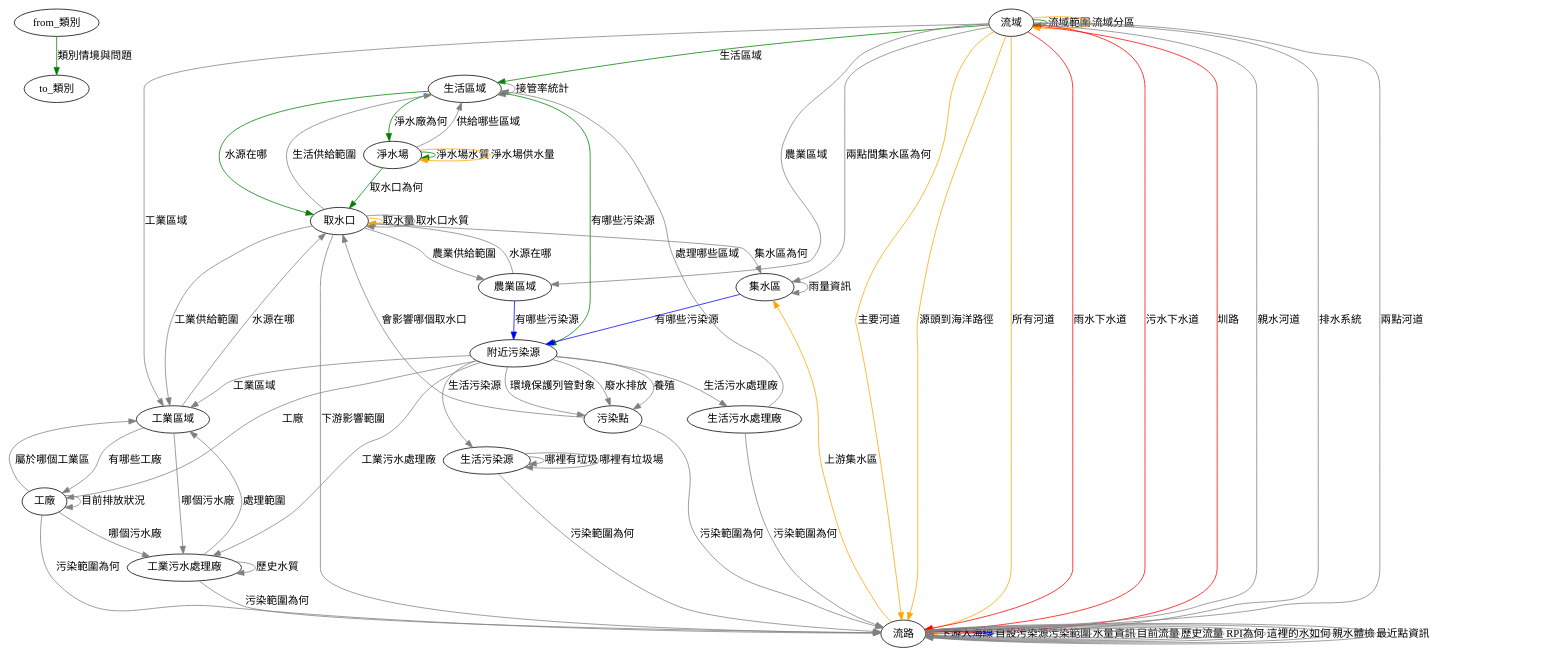
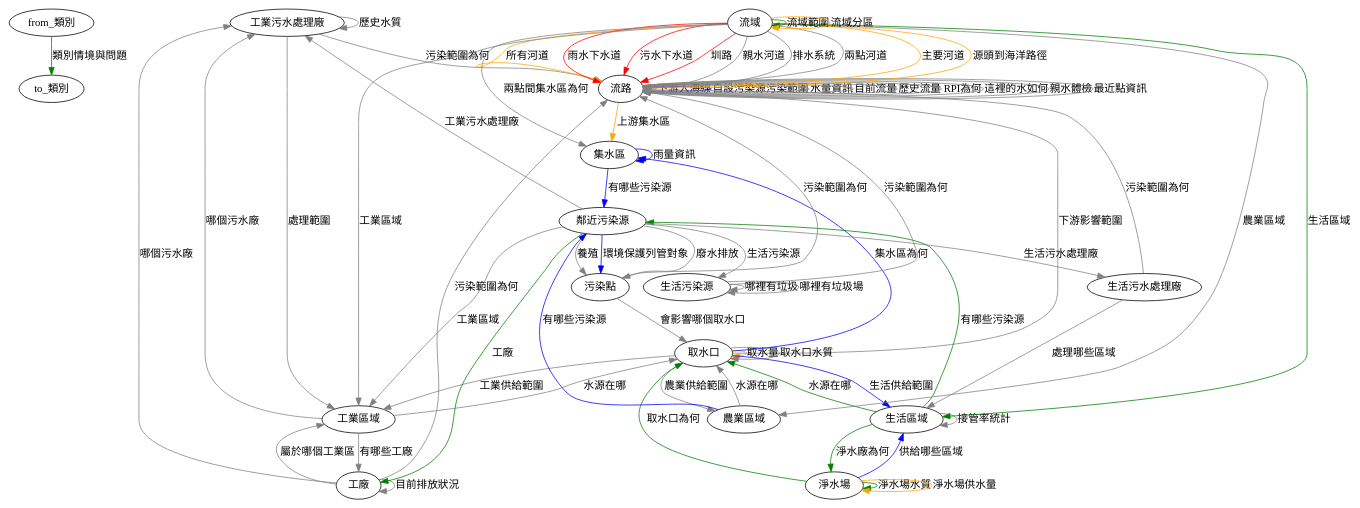
Before and after one commit to aga3134/SourcingWater: the diagram in tools/TopoTextToDot/output.dot, drawn with Graphviz. The commit also changed 10 other files, not shown here.

```diff
--- a/tools/TopoTextToDot/output.dot
+++ b/tools/TopoTextToDot/output.dot
@@ -1,72 +1,72 @@
 digraph G {
 	"from_類別"->"to_類別"[label="類別情境與問題",color="green",style=""]
+	"工業污水處理廠"->"流路"[label="污染範圍為何",color="gray",style=""]
+	"工業污水處理廠"->"工業區域"[label="處理範圍",color="gray",style=""]
+	"工業污水處理廠"->"工業污水處理廠"[label="歷史水質",color="gray",style=""]
+	"工業區域"->"工業污水處理廠"[label="哪個污水廠",color="gray",style=""]
+	"工業區域"->"工廠"[label="有哪些工廠",color="gray",style=""]
+	"工業區域"->"取水口"[label="水源在哪",color="gray",style=""]
+	"工廠"->"工廠"[label="目前排放狀況",color="gray",style=""]
+	"工廠"->"流路"[label="污染範圍為何",color="gray",style=""]
+	"工廠"->"工業污水處理廠"[label="哪個污水廠",color="gray",style=""]
+	"工廠"->"工業區域"[label="屬於哪個工業區",color="gray",style=""]
+	"生活污水處理廠"->"流路"[label="污染範圍為何",color="gray",style=""]
+	"生活污水處理廠"->"生活區域"[label="處理哪些區域",color="gray",style=""]
+	"生活污染源"->"流路"[label="污染範圍為何",color="gray",style=""]
+	"生活污染源"->"生活污染源"[label="哪裡有垃圾",color="gray",style=""]
+	"生活污染源"->"生活污染源"[label="哪裡有垃圾場",color="gray",style=""]
+	"生活區域"->"取水口"[label="水源在哪",color="green",style=""]
+	"生活區域"->"淨水場"[label="淨水廠為何",color="green",style=""]
+	"生活區域"->"鄰近污染源"[label="有哪些污染源",color="green",style=""]
+	"生活區域"->"生活區域"[label="接管率統計",color="gray",style=""]
+	"污染點"->"流路"[label="污染範圍為何",color="gray",style=""]
+	"污染點"->"取水口"[label="會影響哪個取水口",color="gray",style=""]
+	"取水口"->"取水口"[label="取水量",color="orange",style=""]
+	"取水口"->"集水區"[label="集水區為何",color="blue",style=""]
+	"取水口"->"生活區域"[label="生活供給範圍",color="blue",style=""]
+	"取水口"->"流路"[label="下游影響範圍",color="gray",style=""]
+	"取水口"->"取水口"[label="取水口水質",color="gray",style=""]
+	"取水口"->"農業區域"[label="農業供給範圍",color="gray",style=""]
+	"取水口"->"工業區域"[label="工業供給範圍",color="gray",style=""]
 	"流域"->"流域"[label="流域範圍",color="green",style=""]
 	"流域"->"生活區域"[label="生活區域",color="green",style=""]
 	"流域"->"流路"[label="主要河道",color="orange",style=""]
 	"流域"->"流路"[label="源頭到海洋路徑",color="orange",style=""]
 	"流域"->"流路"[label="所有河道",color="orange",style=""]
 	"流域"->"流域"[label="流域分區",color="orange",style=""]
 	"流域"->"流路"[label="雨水下水道",color="red",style=""]
 	"流域"->"流路"[label="污水下水道",color="red",style=""]
 	"流域"->"流路"[label="圳路",color="red",style=""]
 	"流域"->"流路"[label="親水河道",color="gray",style=""]
 	"流域"->"農業區域"[label="農業區域",color="gray",style=""]
 	"流域"->"工業區域"[label="工業區域",color="gray",style=""]
 	"流域"->"流路"[label="排水系統",color="gray",style=""]
 	"流域"->"流路"[label="兩點河道",color="gray",style=""]
 	"流域"->"集水區"[label="兩點間集水區為何",color="gray",style=""]
 	"流路"->"集水區"[label="上游集水區",color="orange",style=""]
 	"流路"->"流路"[label="下游入海線",color="orange",style=""]
 	"流路"->"流路"[label="自設污染源污染範圍",color="blue",style=""]
 	"流路"->"流路"[label="水量資訊",color="gray",style=""]
 	"流路"->"流路"[label="目前流量",color="gray",style=""]
 	"流路"->"流路"[label="歷史流量",color="gray",style=""]
 	"流路"->"流路"[label="RPI為何",color="gray",style=""]
 	"流路"->"流路"[label="這裡的水如何",color="gray",style=""]
 	"流路"->"流路"[label="親水體檢",color="gray",style=""]
 	"流路"->"流路"[label="最近點資訊",color="gray",style=""]
-	"生活區域"->"取水口"[label="水源在哪",color="green",style=""]
-	"生活區域"->"淨水場"[label="淨水廠為何",color="green",style=""]
-	"生活區域"->"附近污染源"[label="有哪些污染源",color="green",style=""]
-	"生活區域"->"生活區域"[label="接管率統計",color="gray",style=""]
-	"農業區域"->"附近污染源"[label="有哪些污染源",color="blue",style=""]
-	"農業區域"->"取水口"[label="水源在哪",color="gray",style=""]
-	"取水口"->"取水口"[label="取水量",color="orange",style=""]
-	"取水口"->"流路"[label="下游影響範圍",color="gray",style=""]
-	"取水口"->"取水口"[label="取水口水質",color="gray",style=""]
-	"取水口"->"集水區"[label="集水區為何",color="gray",style=""]
-	"取水口"->"生活區域"[label="生活供給範圍",color="gray",style=""]
-	"取水口"->"農業區域"[label="農業供給範圍",color="gray",style=""]
-	"取水口"->"工業區域"[label="工業供給範圍",color="gray",style=""]
 	"淨水場"->"取水口"[label="取水口為何",color="green",style=""]
 	"淨水場"->"淨水場"[label="淨水場水質",color="green",style=""]
 	"淨水場"->"淨水場"[label="淨水場供水量",color="orange",style=""]
-	"淨水場"->"生活區域"[label="供給哪些區域",color="gray",style=""]
-	"集水區"->"附近污染源"[label="有哪些污染源",color="blue",style=""]
-	"集水區"->"集水區"[label="雨量資訊",color="gray",style=""]
-	"附近污染源"->"工廠"[label="工廠",color="gray",style=""]
-	"附近污染源"->"工業區域"[label="工業區域",color="gray",style=""]
-	"附近污染源"->"生活污染源"[label="生活污染源",color="gray",style=""]
-	"附近污染源"->"工業污水處理廠"[label="工業污水處理廠",color="gray",style=""]
-	"附近污染源"->"生活污水處理廠"[label="生活污水處理廠",color="gray",style=""]
-	"附近污染源"->"污染點"[label="環境保護列管對象",color="gray",style=""]
-	"附近污染源"->"污染點"[label="廢水排放",color="gray",style=""]
-	"附近污染源"->"污染點"[label="養殖",color="gray",style=""]
-	"工廠"->"工廠"[label="目前排放狀況",color="gray",style=""]
-	"工廠"->"流路"[label="污染範圍為何",color="gray",style=""]
-	"工廠"->"工業污水處理廠"[label="哪個污水廠",color="gray",style=""]
-	"工廠"->"工業區域"[label="屬於哪個工業區",color="gray",style=""]
-	"工業區域"->"工業污水處理廠"[label="哪個污水廠",color="gray",style=""]
-	"工業區域"->"工廠"[label="有哪些工廠",color="gray",style=""]
-	"工業區域"->"取水口"[label="水源在哪",color="gray",style=""]
-	"生活污染源"->"流路"[label="污染範圍為何",color="gray",style=""]
-	"生活污染源"->"生活污染源"[label="哪裡有垃圾",color="gray",style=""]
-	"生活污染源"->"生活污染源"[label="哪裡有垃圾場",color="gray",style=""]
-	"工業污水處理廠"->"流路"[label="污染範圍為何",color="gray",style=""]
-	"工業污水處理廠"->"工業區域"[label="處理範圍",color="gray",style=""]
-	"工業污水處理廠"->"工業污水處理廠"[label="歷史水質",color="gray",style=""]
-	"生活污水處理廠"->"流路"[label="污染範圍為何",color="gray",style=""]
-	"生活污水處理廠"->"生活區域"[label="處理哪些區域",color="gray",style=""]
-	"污染點"->"流路"[label="污染範圍為何",color="gray",style=""]
-	"污染點"->"取水口"[label="會影響哪個取水口",color="gray",style=""]
+	"淨水場"->"生活區域"[label="供給哪些區域",color="blue",style=""]
+	"集水區"->"鄰近污染源"[label="有哪些污染源",color="blue",style=""]
+	"集水區"->"集水區"[label="雨量資訊",color="blue",style=""]
+	"農業區域"->"鄰近污染源"[label="有哪些污染源",color="blue",style=""]
+	"農業區域"->"取水口"[label="水源在哪",color="gray",style=""]
+	"鄰近污染源"->"工廠"[label="工廠",color="green",style=""]
+	"鄰近污染源"->"污染點"[label="環境保護列管對象",color="blue",style=""]
+	"鄰近污染源"->"工業區域"[label="工業區域",color="gray",style=""]
+	"鄰近污染源"->"生活污染源"[label="生活污染源",color="gray",style=""]
+	"鄰近污染源"->"工業污水處理廠"[label="工業污水處理廠",color="gray",style=""]
+	"鄰近污染源"->"生活污水處理廠"[label="生活污水處理廠",color="gray",style=""]
+	"鄰近污染源"->"污染點"[label="廢水排放",color="gray",style=""]
+	"鄰近污染源"->"污染點"[label="養殖",color="gray",style=""]
 }
```
